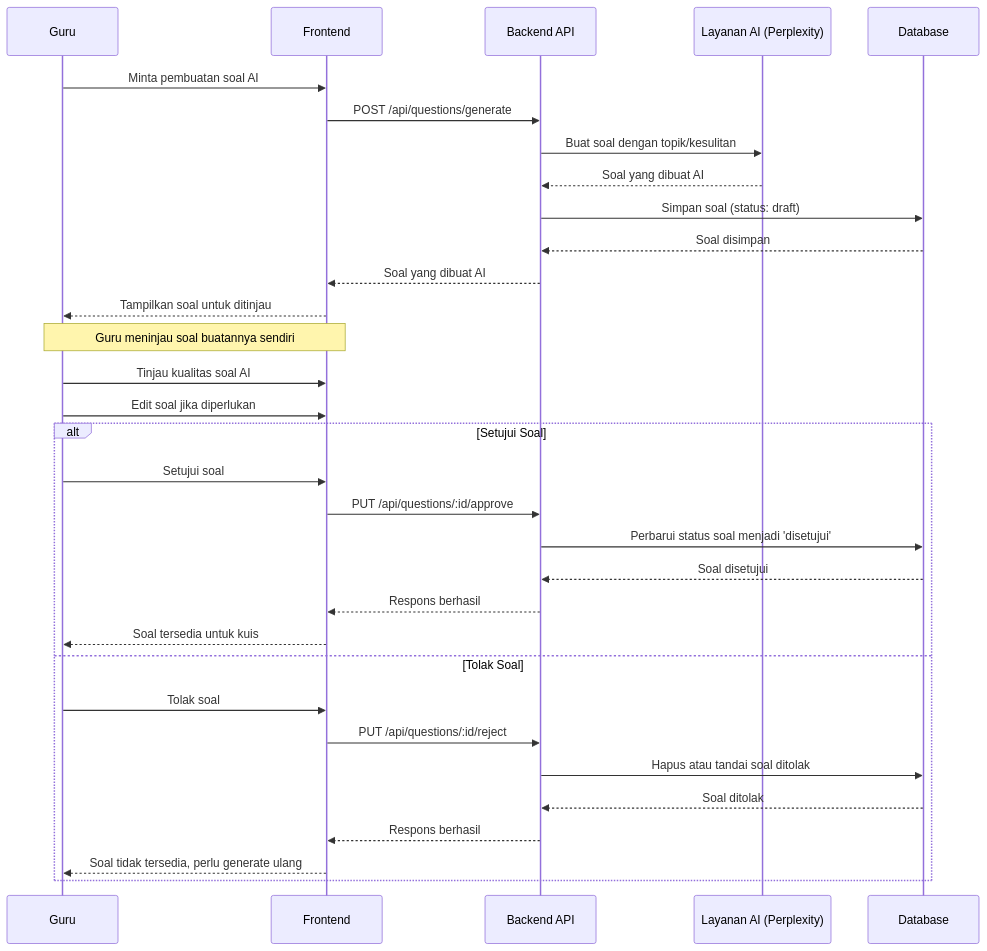
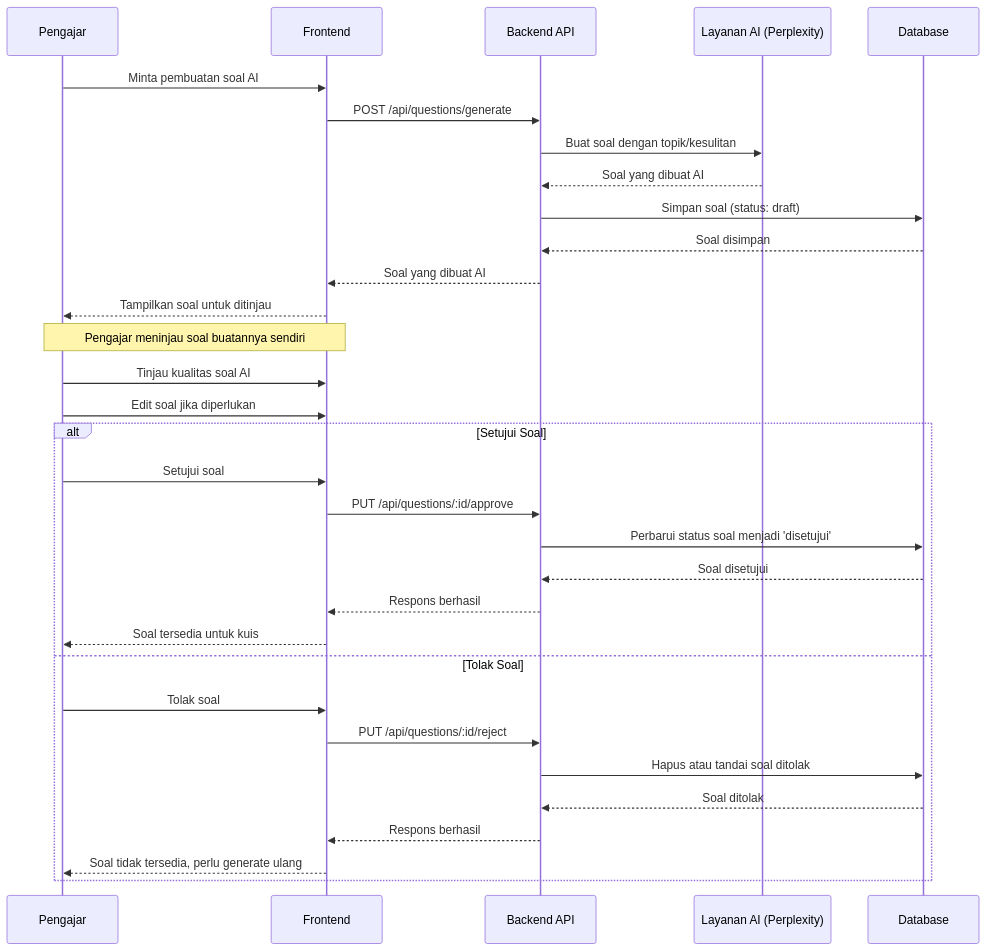
The third of 6 diagrams in sequence-diagrams.md (jonito2005/exam-expert-ai-docs), drawn with Mermaid before and after one commit. The commit also changed other lines of this file and 4 other files, not shown here.

````diff
--- a/sequence-diagrams.md
+++ b/sequence-diagrams.md
@@ -88,37 +88,37 @@
 ```mermaid
 sequenceDiagram
-    participant T as Guru
+    participant T as Pengajar
     participant F as Frontend
     participant API as Backend API
     participant AI as Layanan AI (Perplexity)
     participant DB as Database
 
     T->>F: Minta pembuatan soal AI
     F->>API: POST /api/questions/generate
     API->>AI: Buat soal dengan topik/kesulitan
     AI-->>API: Soal yang dibuat AI
     API->>DB: Simpan soal (status: draft)
     DB-->>API: Soal disimpan
     API-->>F: Soal yang dibuat AI
     F-->>T: Tampilkan soal untuk ditinjau
 
-    Note over T,F: Guru meninjau soal buatannya sendiri
+    Note over T,F: Pengajar meninjau soal buatannya sendiri
     T->>F: Tinjau kualitas soal AI
     T->>F: Edit soal jika diperlukan
     
     alt Setujui Soal
         T->>F: Setujui soal
         F->>API: PUT /api/questions/:id/approve
         API->>DB: Perbarui status soal menjadi 'disetujui'
         DB-->>API: Soal disetujui
         API-->>F: Respons berhasil
         F-->>T: Soal tersedia untuk kuis
     else Tolak Soal
         T->>F: Tolak soal
         F->>API: PUT /api/questions/:id/reject
         API->>DB: Hapus atau tandai soal ditolak
         DB-->>API: Soal ditolak
         API-->>F: Respons berhasil
         F-->>T: Soal tidak tersedia, perlu generate ulang
     end
 ```
````
